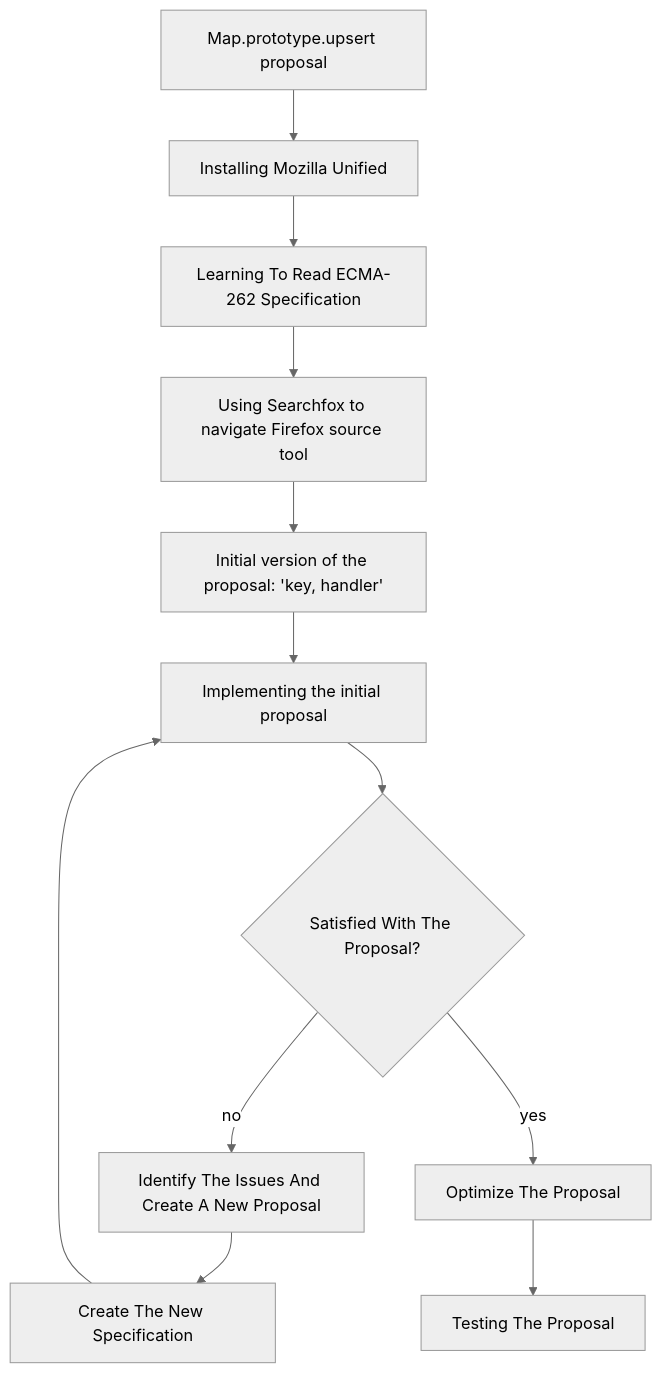
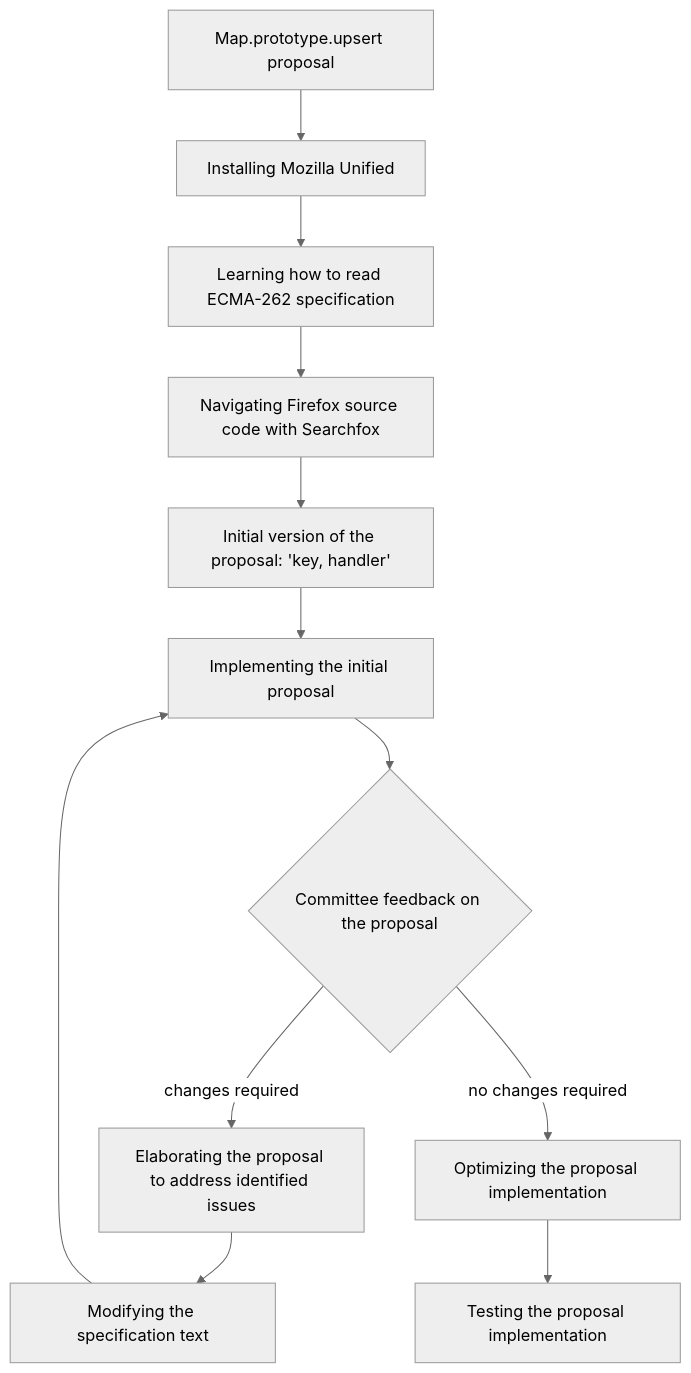
The diagram in README.md (bldl/emplace-spidermonkey), drawn with Mermaid (neutral theme) before and after one commit.

Commit message:
fix diagram nodes and labels

````diff
--- a/README.md
+++ b/README.md
@@ -42,14 +42,14 @@
 ```mermaid
 flowchart TD
   A[Map.prototype.upsert proposal] --> B[Installing Mozilla Unified];
-  B --> C[Learning To Read ECMA-262 Specification];
-  C --> D[Using Searchfox to navigate Firefox source tool];
+  B --> C[Learning how to read ECMA-262 specification];
+  C --> D[Navigating Firefox source code with Searchfox];
   D --> E[Initial version of the proposal: 'key, handler'];
   E --> F[Implementing the initial proposal];
-  F --> G{Satisfied With The Proposal?};
-  G --> |no| H[Identify The Issues And Create A New Proposal];
-  H --> I[Create The New Specification];
+  F --> G{Committee feedback on the proposal};
+  G --> |changes required| H[Elaborating the proposal to address identified issues];
+  H --> I[Modifying the specification text];
   I --> F;
-  G --> |yes| J[Optimize The Proposal];
-  J --> K[Testing The Proposal];
+  G --> |no changes required| J[Optimizing the proposal implementation];
+  J --> K[Testing the proposal implementation];
 ```
````
